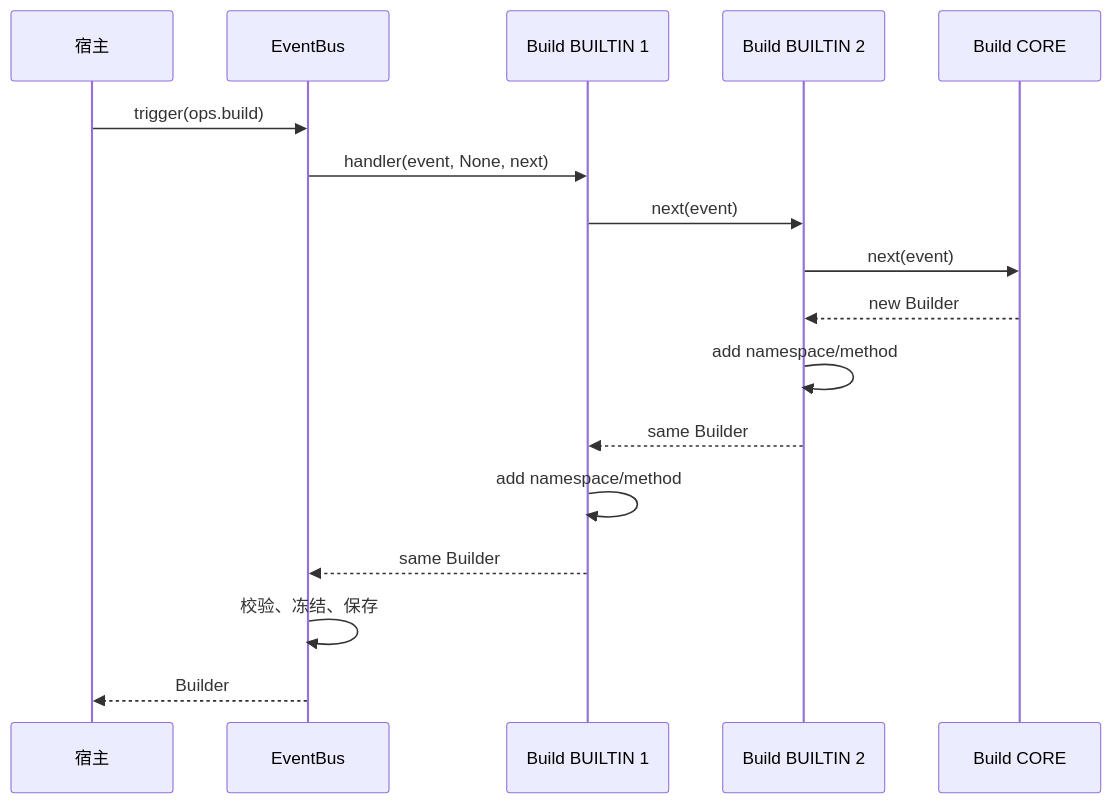
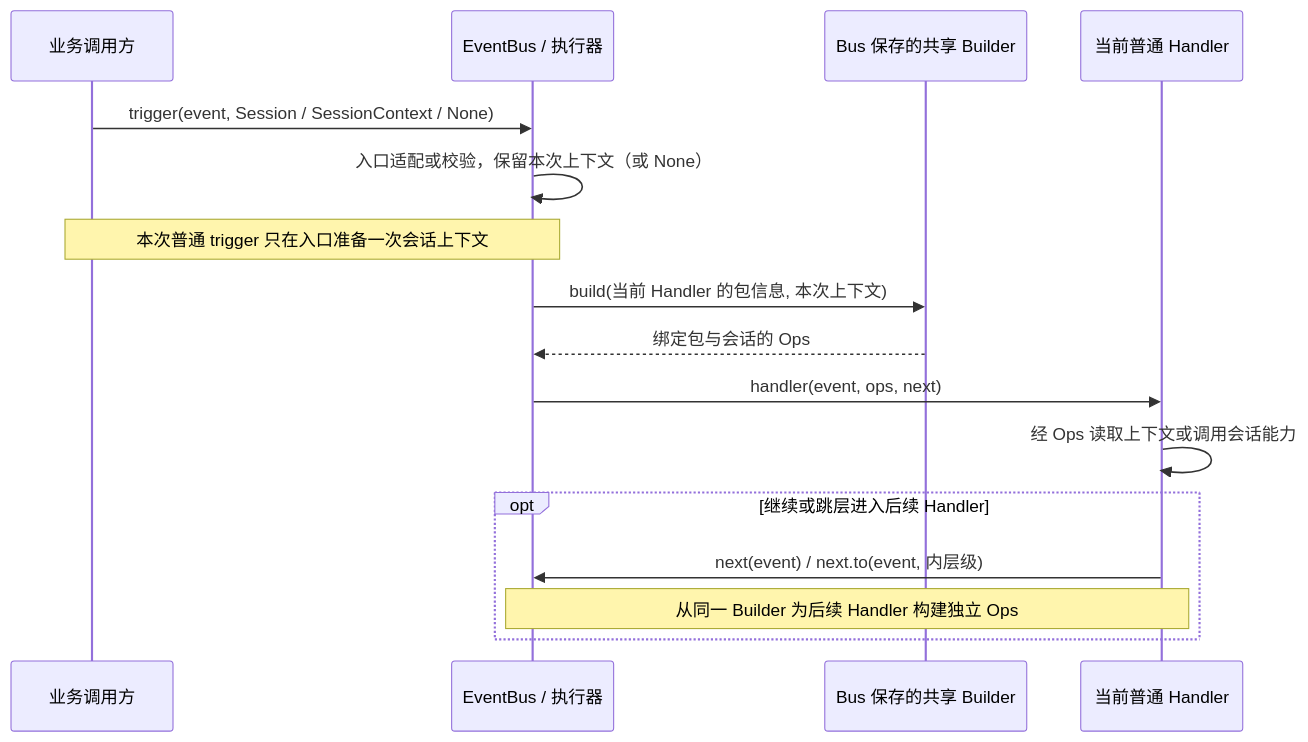
The third of 7 diagrams in openjiuwen/core/events/docs/designs/events-architecture.md (openJiuwen-ai/agent-core), drawn with Mermaid before and after one commit. The commit also changed other lines of this file and 24 other files, not shown here.

Commit message:
feat(events): add EventBus, Builder/Ops, and update architecture docs

````diff
--- a/openjiuwen/core/events/docs/designs/events-architecture.md
+++ b/openjiuwen/core/events/docs/designs/events-architecture.md
@@ -219,19 +470,18 @@
 ```mermaid
 sequenceDiagram
-    participant Host as 宿主
-    participant Bus as EventBus
-    participant B1 as Build BUILTIN 1
-    participant B2 as Build BUILTIN 2
-    participant Core as Build CORE
-    Host->>Bus: trigger(ops.build)
-    Bus->>B1: handler(event, None, next)
-    B1->>B2: next(event)
-    B2->>Core: next(event)
-    Core-->>B2: new Builder
-    B2->>B2: add namespace/method
-    B2-->>B1: same Builder
-    B1->>B1: add namespace/method
-    B1-->>Bus: same Builder
-    Bus->>Bus: 校验、冻结、保存
-    Bus-->>Host: Builder
+    participant Caller as 业务调用方
+    participant Bus as EventBus / 执行器
+    participant Builder as Bus 保存的共享 Builder
+    participant Handler as 当前普通 Handler
+    Caller->>Bus: trigger(event, Session / SessionContext / None)
+    Bus->>Bus: 入口适配或校验，保留本次上下文（或 None）
+    Note over Caller,Bus: 本次普通 trigger 只在入口准备一次会话上下文
+    Bus->>Builder: build(当前 Handler 的包信息, 本次上下文)
+    Builder-->>Bus: 绑定包与会话的 Ops
+    Bus->>Handler: handler(event, ops, next)
+    Handler->>Handler: 经 Ops 读取上下文或调用会话能力
+    opt 继续或跳层进入后续 Handler
+        Handler->>Bus: next(event) / next.to(event, 内层级)
+        Note over Bus,Handler: 从同一 Builder 为后续 Handler 构建独立 Ops
+    end
 ```
````
